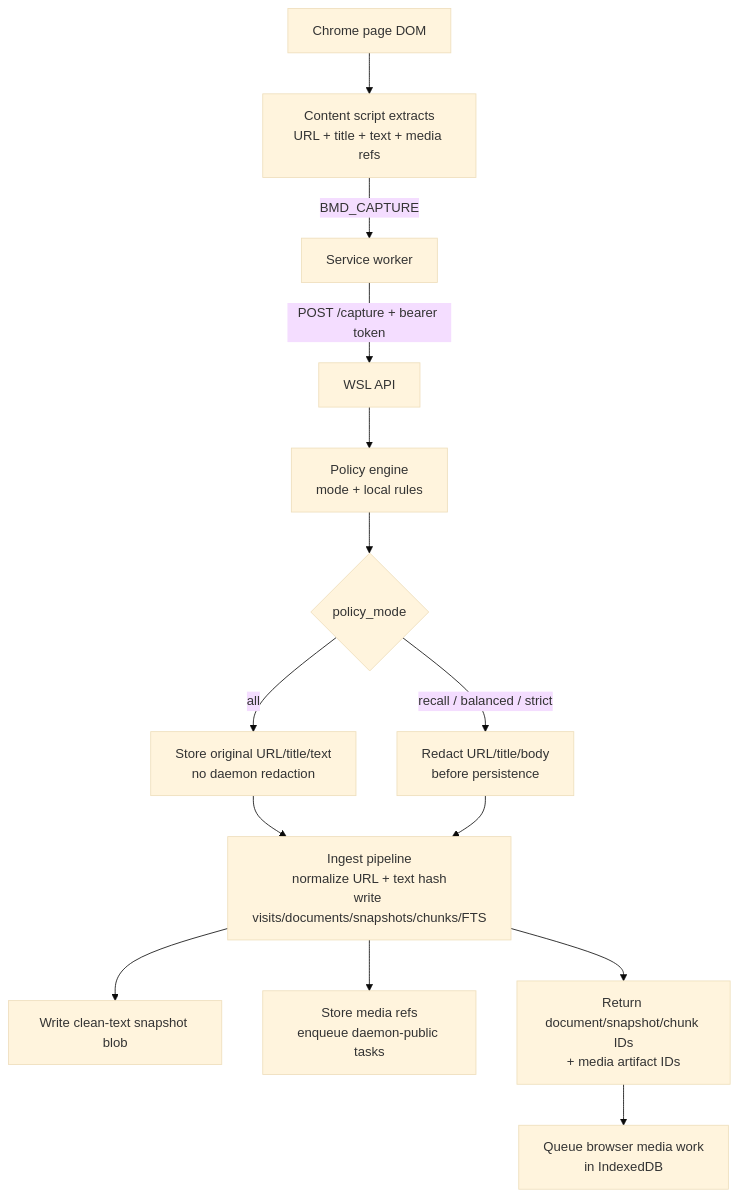
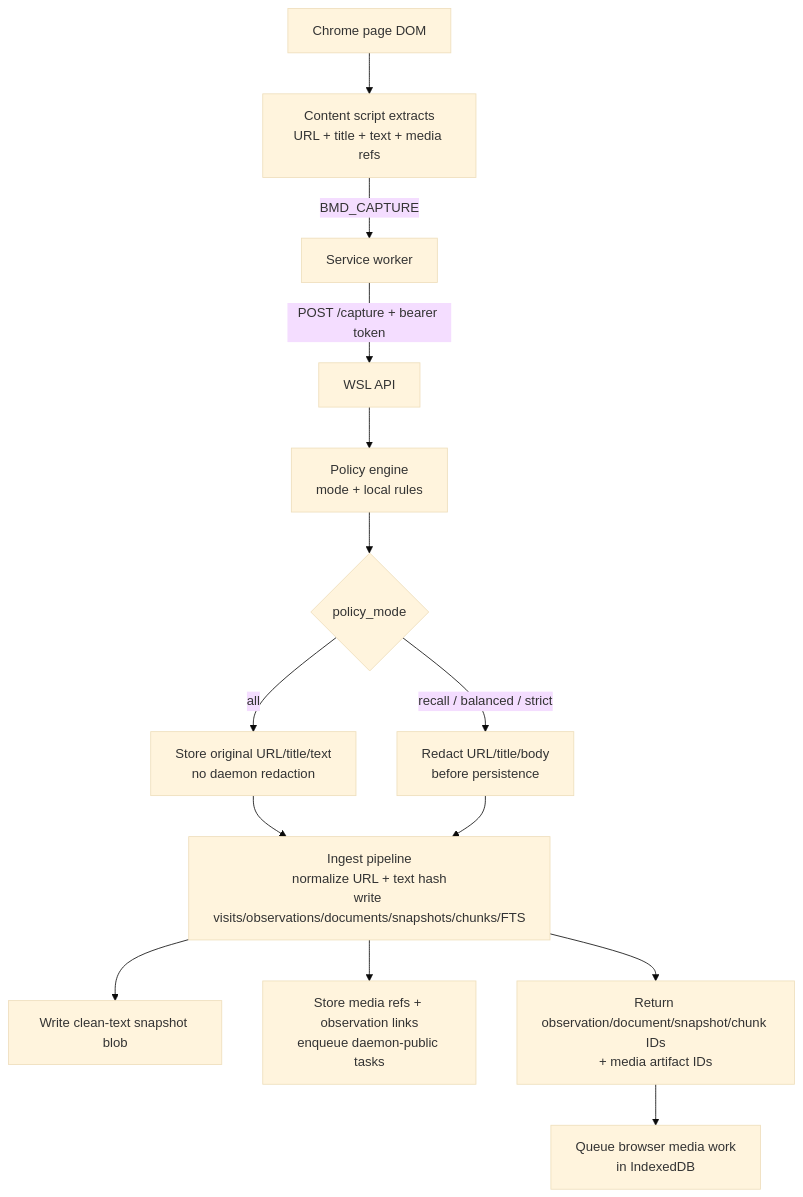
The third of 8 diagrams in docs/DIAGRAMS.md (michaelnicks0/browser-memory-daemon), drawn with Mermaid (base theme) before and after one commit. The commit also changed other lines of this file and 25 other files, not shown here.

````diff
--- a/docs/DIAGRAMS.md
+++ b/docs/DIAGRAMS.md
@@ -64,16 +64,16 @@
 ```mermaid
 flowchart TD
   Page["Chrome page DOM"] --> Extract["Content script extracts<br/>URL + title + text + media refs"]
   Extract -->|"BMD_CAPTURE"| SW["Service worker"]
   SW -->|"POST /capture + bearer token"| API["WSL API"]
   API --> Policy["Policy engine<br/>mode + local rules"]
   Policy --> Decision{"policy_mode"}
   Decision -->|"all"| All["Store original URL/title/text<br/>no daemon redaction"]
   Decision -->|"recall / balanced / strict"| Redact["Redact URL/title/body<br/>before persistence"]
-  All --> Store["Ingest pipeline<br/>normalize URL + text hash<br/>write visits/documents/snapshots/chunks/FTS"]
+  All --> Store["Ingest pipeline<br/>normalize URL + text hash<br/>write visits/observations/documents/snapshots/chunks/FTS"]
   Redact --> Store
   Store --> TextBlobs["Write clean-text snapshot blob"]
-  Store --> MediaRefs["Store media refs<br/>enqueue daemon-public tasks"]
-  Store --> Response["Return document/snapshot/chunk IDs<br/>+ media artifact IDs"]
+  Store --> MediaRefs["Store media refs + observation links<br/>enqueue daemon-public tasks"]
+  Store --> Response["Return observation/document/snapshot/chunk IDs<br/>+ media artifact IDs"]
   Response --> Queue["Queue browser media work<br/>in IndexedDB"]
 ```
````
